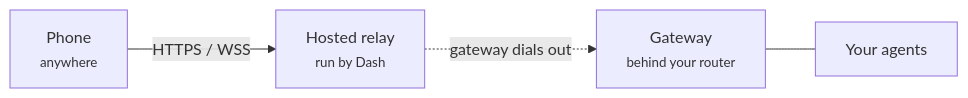
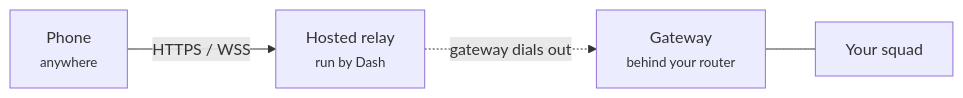
One commit to volumegambit/Dash changed the diagram in docs/remote-access.mdx. Above: the diagram before and after it, drawn with Mermaid. The commit also changed 64 other files, not shown here.

First line of the commit message:
Rename 'Agents' to 'Squad' across all interfaces

````diff
--- a/docs/remote-access.mdx
+++ b/docs/remote-access.mdx
@@ -43,6 +43,6 @@
 ```mermaid
 graph LR
     Phone["Phone<br/><small>anywhere</small>"] -->|HTTPS / WSS| Relay["Hosted relay<br/><small>run by Dash</small>"]
     Relay -.->|gateway dials out| Gateway["Gateway<br/><small>behind your router</small>"]
-    Gateway --- Agents["Your agents"]
+    Gateway --- Agents["Your squad"]
 ```
````
